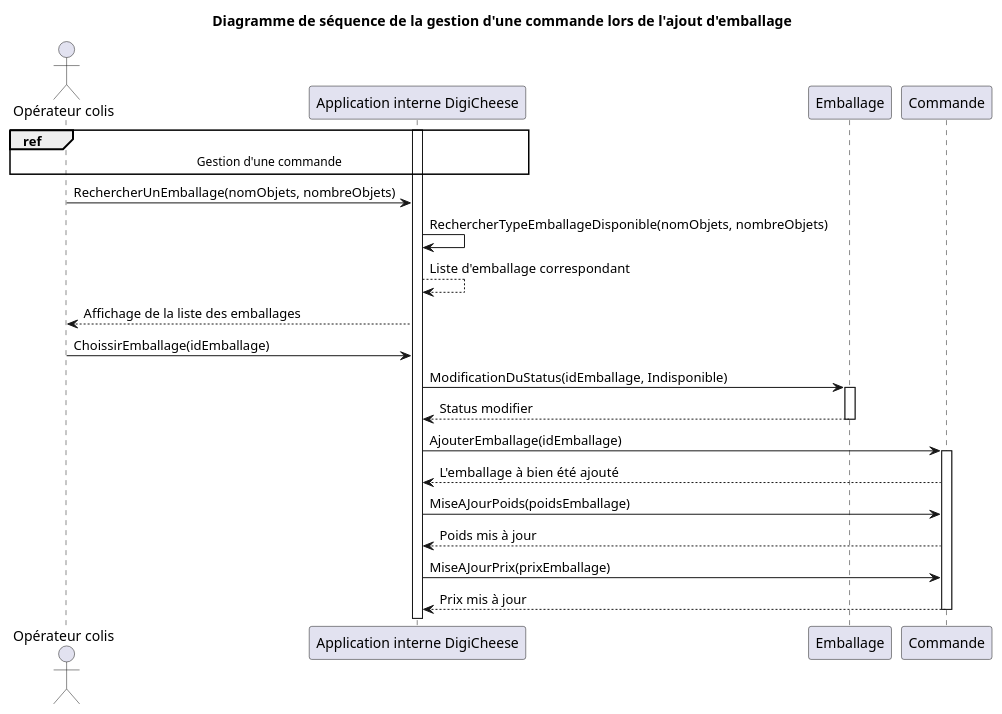
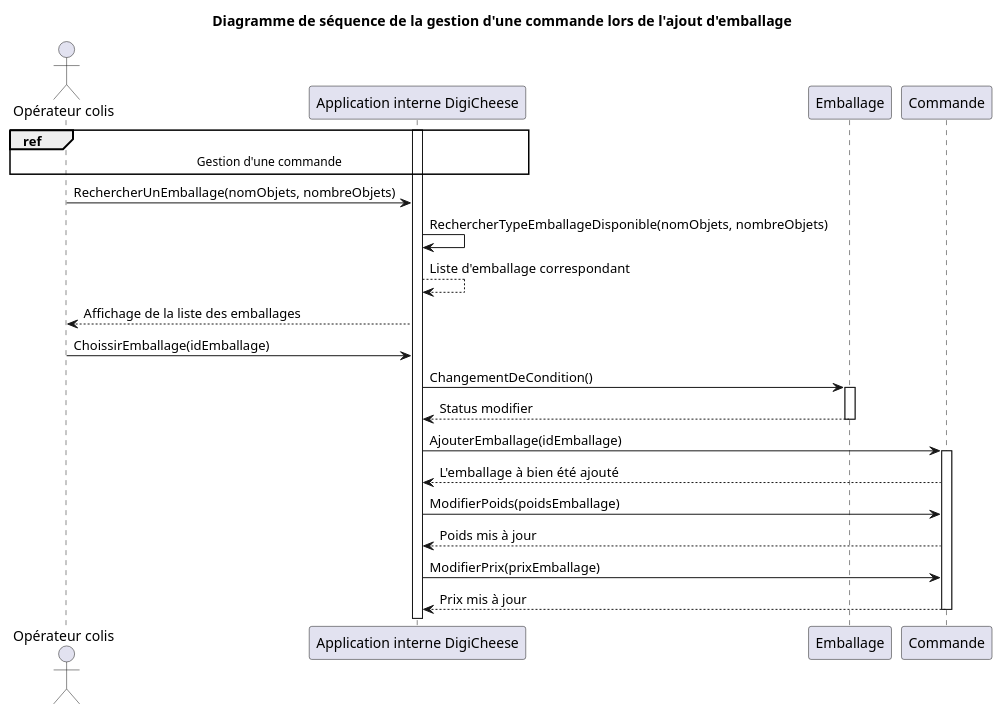
One commit to Bluwen/Conception_d_une_application_informatique changed the diagram in Cas_séquence/DS_Ajouter_Emballage_Commande.puml. Above: the diagram before and after it, drawn with PlantUML. The commit also changed 6 other files, not shown here.

```diff
--- a/Cas_séquence/DS_Ajouter_Emballage_Commande.puml
+++ b/Cas_séquence/DS_Ajouter_Emballage_Commande.puml
@@ -1,37 +1,37 @@
 @startuml Diagramme de séquence de l'ajout d'un emballage à une commande
 
 actor "Opérateur colis"
 
 '"Opérateur colis" -> "Application interne DigiCheese" : GérerCommande(idCommande)
 'activate "Application interne DigiCheese"
 '"Application interne DigiCheese" -> "Application interne DigiCheese" : ChercherCommande(idCommande)
 '"Application interne DigiCheese" --> "Application interne DigiCheese" : Commande trouvé
 '"Application interne DigiCheese" --> "Opérateur colis" : Affiché la commande
 ref over "Opérateur colis", "Application interne DigiCheese": Gestion d'une commande
 activate "Application interne DigiCheese"
 
 "Opérateur colis" -> "Application interne DigiCheese" : RechercherUnEmballage(nomObjets, nombreObjets)
 "Application interne DigiCheese" -> "Application interne DigiCheese" : RechercherTypeEmballageDisponible(nomObjets, nombreObjets)
 "Application interne DigiCheese" --> "Application interne DigiCheese" : Liste d'emballage correspondant
 
 "Application interne DigiCheese" --> "Opérateur colis" : Affichage de la liste des emballages
 
 "Opérateur colis" -> "Application interne DigiCheese" : ChoissirEmballage(idEmballage)
-"Application interne DigiCheese" -> Emballage : ModificationDuStatus(idEmballage, Indisponible)
+"Application interne DigiCheese" -> Emballage : ChangementDeCondition()
 activate Emballage
 Emballage --> "Application interne DigiCheese" : Status modifier
 deactivate Emballage
 
 "Application interne DigiCheese" -> Commande : AjouterEmballage(idEmballage)
 activate Commande
 Commande --> "Application interne DigiCheese" : L'emballage à bien été ajouté
 
-"Application interne DigiCheese" -> Commande : MiseAJourPoids(poidsEmballage)
+"Application interne DigiCheese" -> Commande : ModifierPoids(poidsEmballage)
 Commande --> "Application interne DigiCheese" : Poids mis à jour
 
-"Application interne DigiCheese" -> Commande : MiseAJourPrix(prixEmballage)
+"Application interne DigiCheese" -> Commande : ModifierPrix(prixEmballage)
 Commande --> "Application interne DigiCheese" : Prix mis à jour
 deactivate Commande
 
 title Diagramme de séquence de la gestion d'une commande lors de l'ajout d'emballage
 @enduml
```
